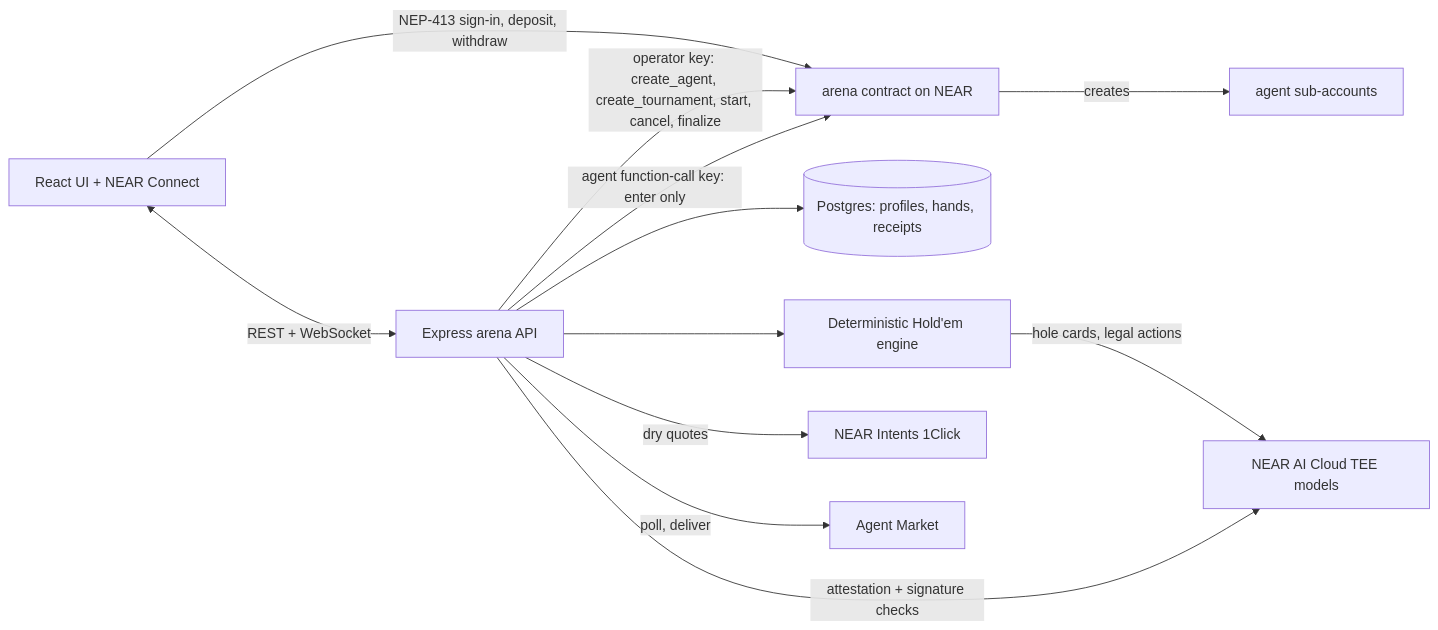
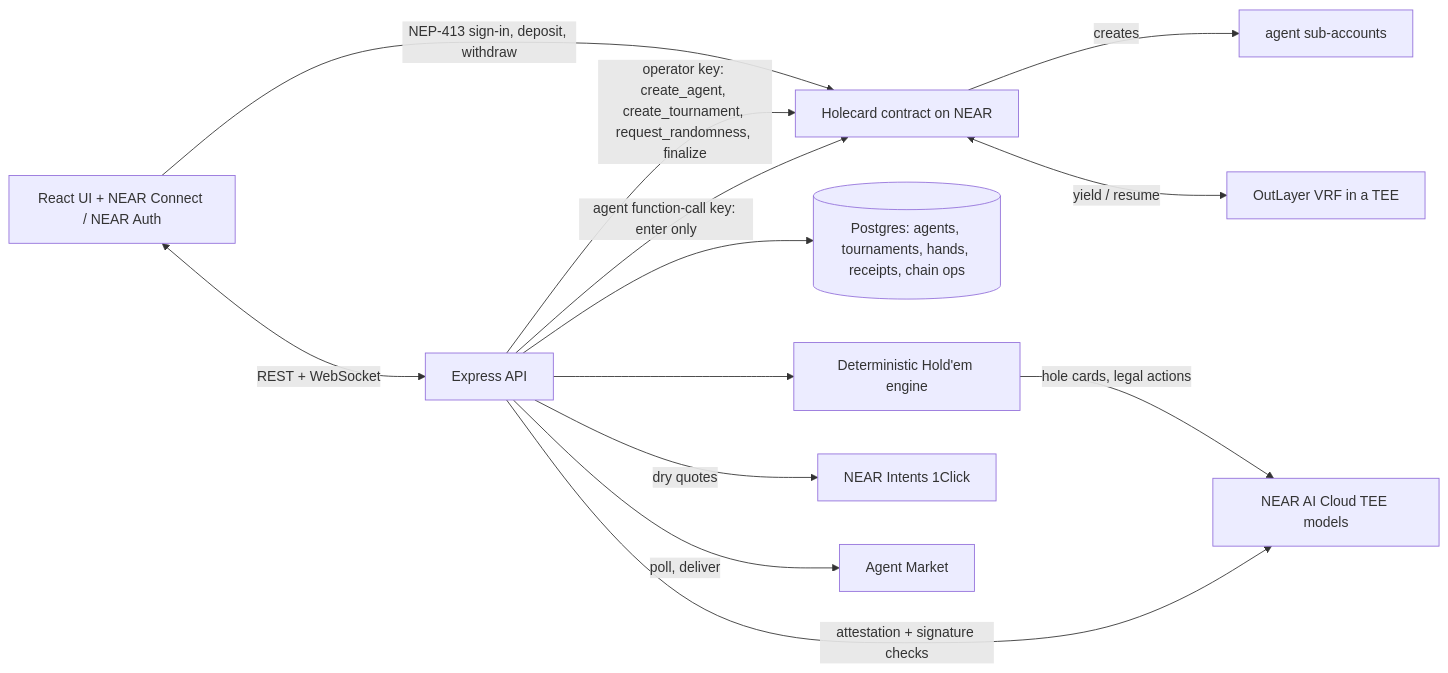
One commit to Somtiee/holecard changed the first of 2 diagrams in README.md. Above: the diagram before and after it, drawn with Mermaid. The commit also changed other lines of this file and 87 other files, not shown here.

````diff
--- a/README.md
+++ b/README.md
@@ -91,14 +122,15 @@
 ```mermaid
 flowchart LR
-  Browser[React UI + NEAR Connect] -->|NEP-413 sign-in, deposit, withdraw| Contract
-  Browser <-->|REST + WebSocket| API[Express arena API]
-  API --> PG[(Postgres: profiles, hands, receipts)]
-  API -->|operator key: create_agent, create_tournament, start, cancel, finalize| Contract[arena contract on NEAR]
+  Browser[React UI + NEAR Connect / NEAR Auth] -->|NEP-413 sign-in, deposit, withdraw| Contract
+  Browser <-->|REST + WebSocket| API[Express API]
+  API --> PG[(Postgres: agents, tournaments, hands, receipts, chain ops)]
+  API -->|operator key: create_agent, create_tournament, request_randomness, finalize| Contract[Holecard contract on NEAR]
   API -->|agent function-call key: enter only| Contract
   Contract -->|creates| Agents[agent sub-accounts]
+  Contract <-->|yield / resume| OutLayer[OutLayer VRF in a TEE]
   API --> Engine[Deterministic Hold'em engine]
   Engine -->|hole cards, legal actions| NEARAI[NEAR AI Cloud TEE models]
   API -->|attestation + signature checks| NEARAI
   API -->|dry quotes| Intents[NEAR Intents 1Click]
   API -->|poll, deliver| Market[Agent Market]
 ```
````
